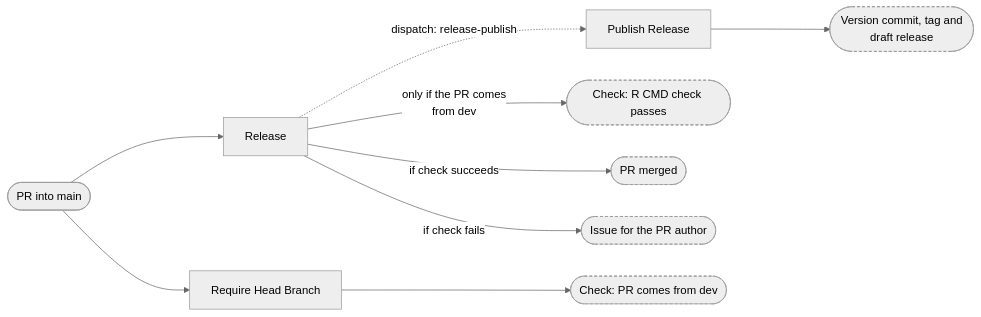
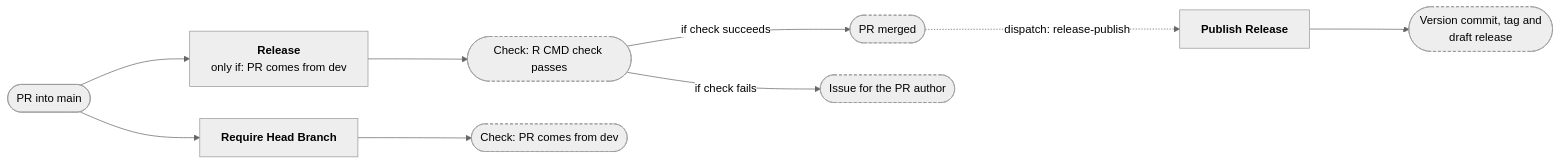
One commit to nfdi4health/dsSupportClient changed the third of 5 diagrams in .github/workflow-graphs/README.md. Above: the diagram before and after it, drawn with Mermaid (neutral theme). The commit also changed other lines of this file, not shown here.

Commit message:
docs: update workflow diagrams

````diff
--- a/.github/workflow-graphs/README.md
+++ b/.github/workflow-graphs/README.md
@@ -83,22 +87,22 @@
 ```mermaid
 %%{init: {"flowchart": {"rankSpacing": 140, "nodeSpacing": 45}}}%%
 flowchart LR
   ev(["PR into main"])
-  wf_release_trigger_yml["Release"]
+  wf_release_trigger_yml["<b>Release</b><br/>only if: PR comes from dev"]
   ev --> wf_release_trigger_yml
-  wf_require_head_branch_yml["Require Head Branch"]
+  wf_require_head_branch_yml["<b>Require Head Branch</b>"]
   ev --> wf_require_head_branch_yml
-  wf_release_publish_yml["Publish Release"]
-  wf_release_trigger_yml -. "dispatch: release-publish" .-> wf_release_publish_yml
-  out_1(["Check: R CMD check passes"]):::outcome
-  out_2(["PR merged"]):::outcome
-  out_3(["Issue for the PR author"]):::outcome
-  out_4(["Check: PR comes from dev"]):::outcome
-  out_5(["Version commit, tag and<br/>draft release"]):::outcome
-  wf_release_trigger_yml -- "only if the PR comes<br/>from dev" --> out_1
-  wf_release_trigger_yml -- "if check succeeds" --> out_2
-  wf_release_trigger_yml -- "if check fails" --> out_3
-  wf_require_head_branch_yml --> out_4
-  wf_release_publish_yml --> out_5
+  wf_release_publish_yml["<b>Publish Release</b>"]
+  out_release_trigger_yml_check_1(["Check: R CMD check passes"]):::outcome
+  out_release_trigger_yml_on_success_2(["PR merged"]):::outcome
+  out_1(["Issue for the PR author"]):::outcome
+  out_2(["Check: PR comes from dev"]):::outcome
+  out_3(["Version commit, tag and<br/>draft release"]):::outcome
+  wf_release_trigger_yml --> out_release_trigger_yml_check_1
+  out_release_trigger_yml_check_1 -- "if check succeeds" --> out_release_trigger_yml_on_success_2
+  out_release_trigger_yml_check_1 -- "if check fails" --> out_1
+  out_release_trigger_yml_on_success_2 -. "dispatch: release-publish" .-> wf_release_publish_yml
+  wf_require_head_branch_yml --> out_2
+  wf_release_publish_yml --> out_3
   classDef outcome stroke-dasharray: 4 3
 ```
````
